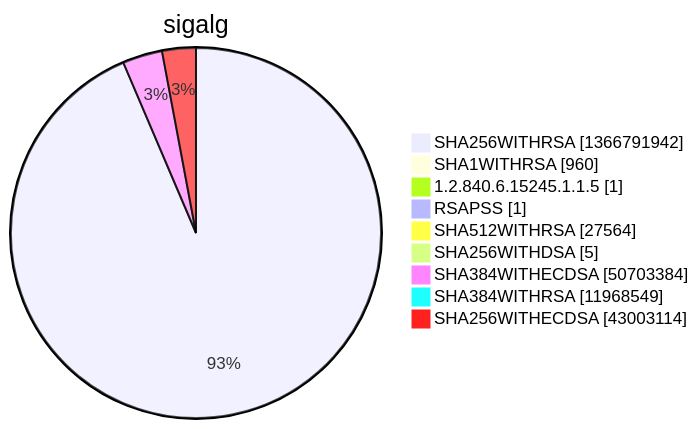
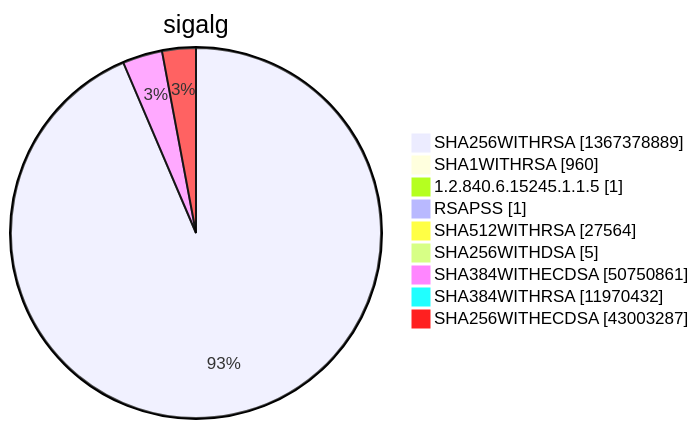
Before and after one commit to christiankrug/ctmonitor_visualization: diagram 15 of 15 in argon2022/README.md, drawn with Mermaid. The commit also changed other lines of this file, not shown here.

````diff
--- a/argon2022/README.md
+++ b/argon2022/README.md
@@ -5524,13 +5524,13 @@
 ```mermaid
 pie showData
 title sigalg
-"SHA256WITHRSA" :1366791942
+"SHA256WITHRSA" :1367378889
 "SHA1WITHRSA" :960
 "1.2.840.6.15245.1.1.5" :1
 "RSAPSS" :1
 "SHA512WITHRSA" :27564
 "SHA256WITHDSA" :5
-"SHA384WITHECDSA" :50703384
-"SHA384WITHRSA" :11968549
-"SHA256WITHECDSA" :43003114
+"SHA384WITHECDSA" :50750861
+"SHA384WITHRSA" :11970432
+"SHA256WITHECDSA" :43003287
 ```
````
